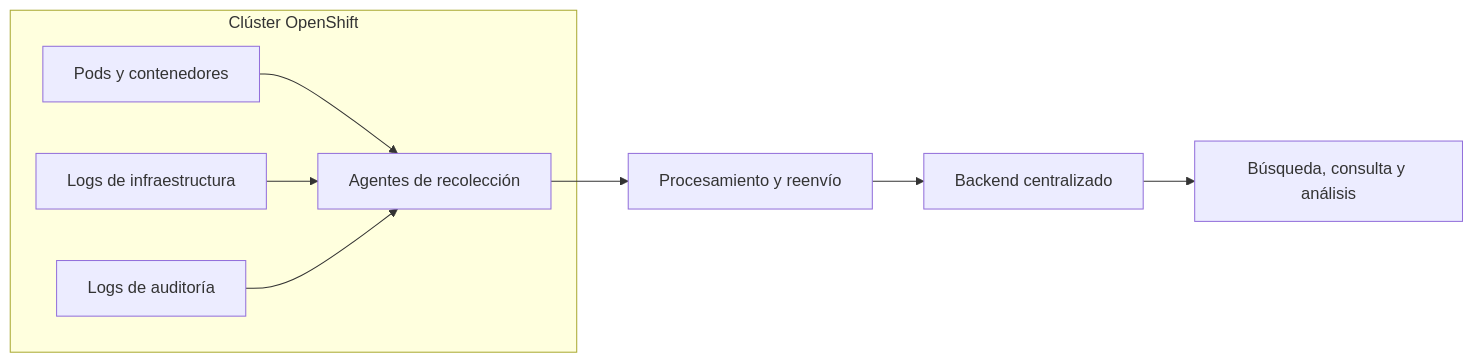
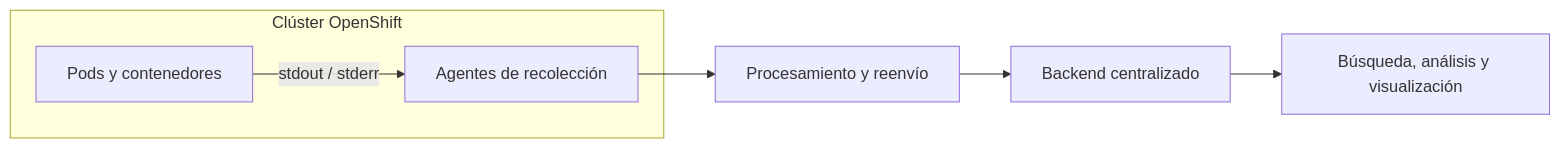
One commit to ieftraining/curso-openshift changed the third of 4 diagrams in docs/sesion3/3.4 Logs.md. Above: the diagram before and after it, drawn with Mermaid. The commit also changed other lines of this file, not shown here.

````diff
--- a/docs/sesion3/3.4 Logs.md
+++ b/docs/sesion3/3.4 Logs.md
@@ -181,12 +200,9 @@
 ```mermaid
 flowchart LR
     subgraph Cluster[Clúster OpenShift]
-        A[Pods y contenedores] --> B[Agentes de recolección]
-        C[Logs de infraestructura] --> B
-        D[Logs de auditoría] --> B
+        A[Pods y contenedores] -->|stdout / stderr| B[Agentes de recolección]
     end
-
-    B --> E[Procesamiento y reenvío]
-    E --> F[Backend centralizado]
-    F --> G[Búsqueda, consulta y análisis]
+    B --> C[Procesamiento y reenvío]
+    C --> D[Backend centralizado]
+    D --> E[Búsqueda, análisis y visualización]
 ```
````
